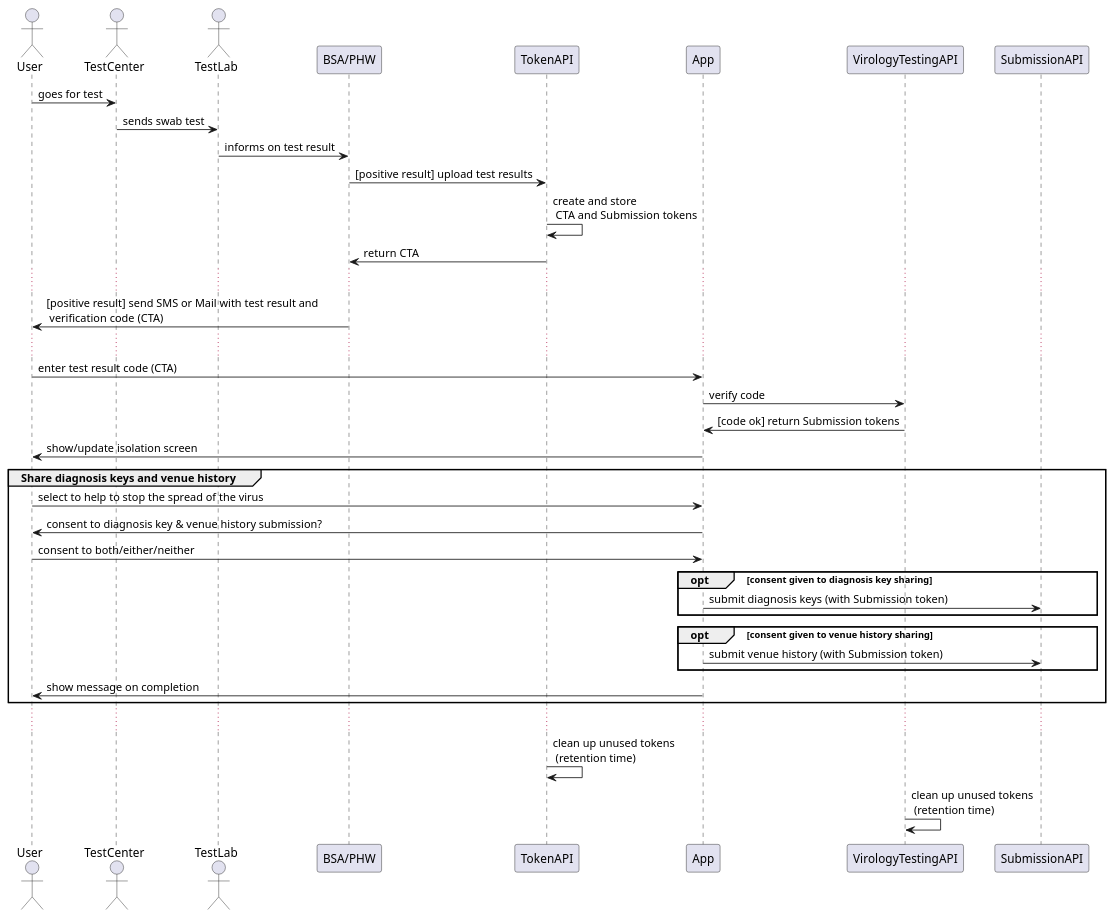
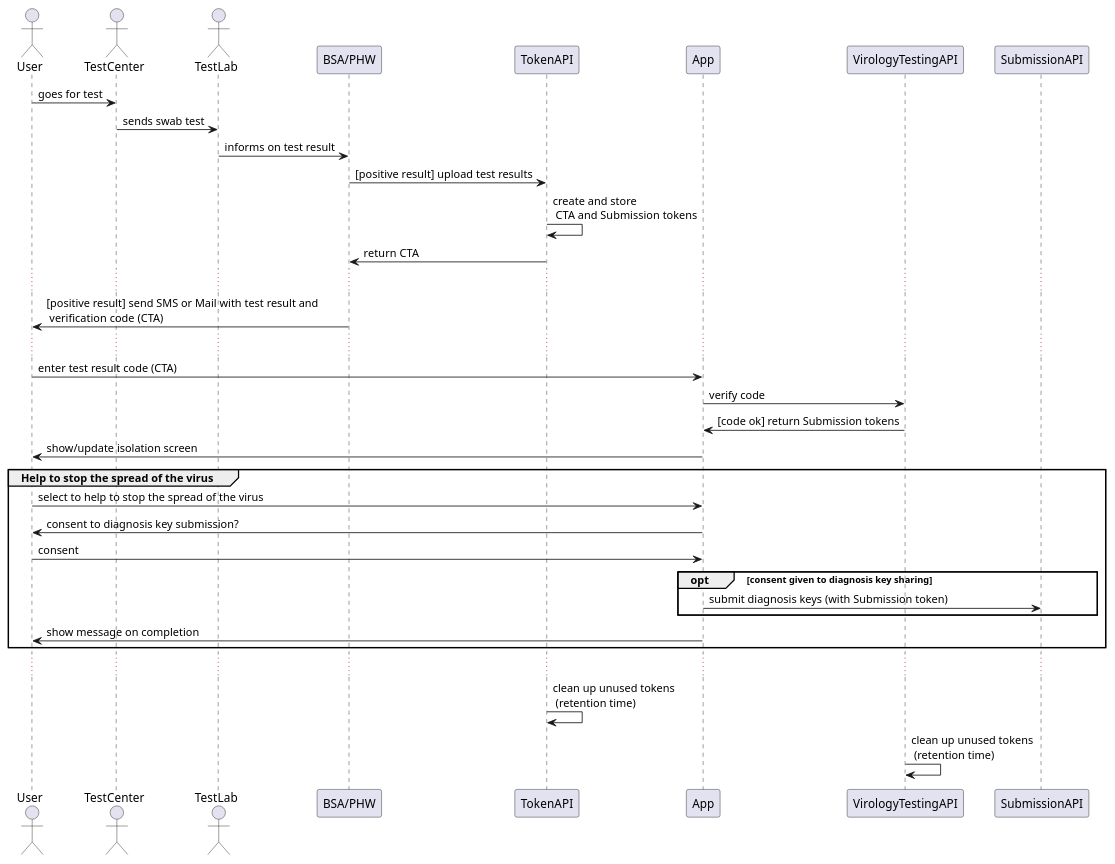
The diagram in doc/architecture/diagrams/plant-uml/sys-flow-enter-test-result-code.puml (ukhsa-collaboration/covid19-app-system-public), drawn with PlantUML before and after one commit. The commit also changed 541 other files, not shown here.

```diff
--- a/doc/architecture/diagrams/plant-uml/sys-flow-enter-test-result-code.puml
+++ b/doc/architecture/diagrams/plant-uml/sys-flow-enter-test-result-code.puml
@@ -1,41 +1,38 @@
 @startuml system-flow_enter-test-result-code
 
 Actor User
 Actor TestCenter
 Actor TestLab
 Participant "BSA/PHW"
 
 User -> TestCenter: goes for test
 TestLab <- TestCenter: sends swab test
 TestLab -> "BSA/PHW": informs on test result
 
 "BSA/PHW" -> TokenAPI: [positive result] upload test results
 TokenAPI -> TokenAPI: create and store \n CTA and Submission tokens
 "BSA/PHW" <- TokenAPI: return CTA
 
 ...
 "BSA/PHW" -> User: [positive result] send SMS or Mail with test result and \n verification code (CTA)
 ...
 
 User -> App: enter test result code (CTA)
 App -> VirologyTestingAPI: verify code
 App <- VirologyTestingAPI: [code ok] return Submission tokens
 App -> User: show/update isolation screen
-group Share diagnosis keys and venue history
+group Help to stop the spread of the virus
 User->App: select to help to stop the spread of the virus
-App -> User: consent to diagnosis key & venue history submission?
-User -> App : consent to both/either/neither
+App -> User: consent to diagnosis key submission?
+User -> App : consent
 opt consent given to diagnosis key sharing
 App -> SubmissionAPI: submit diagnosis keys (with Submission token)
-end
-opt consent given to venue history sharing
-App -> SubmissionAPI: submit venue history (with Submission token)
 end
 App -> User: show message on completion
 end
 ...
 TokenAPI -> TokenAPI: clean up unused tokens \n (retention time)
 VirologyTestingAPI -> VirologyTestingAPI: clean up unused tokens \n (retention time)
 
 
 @enduml
```
